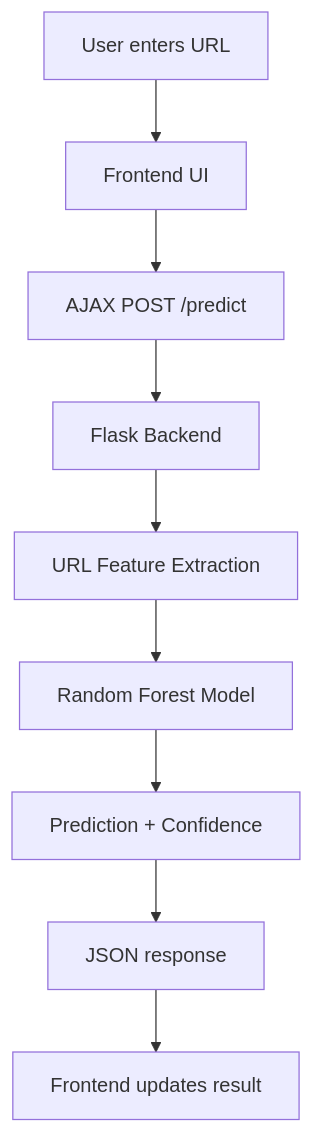
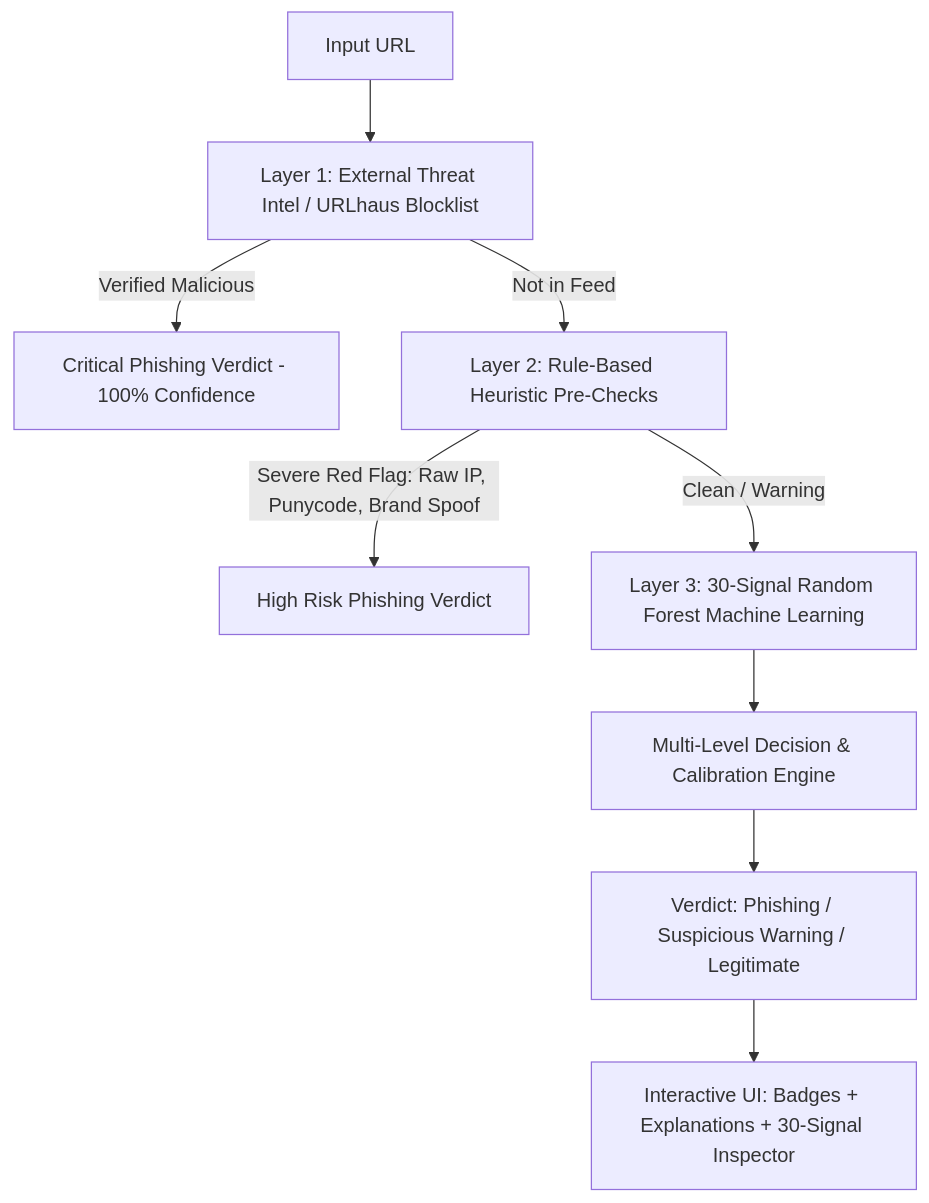
Before and after one commit to ramkishore-en/PhishGuard-ai: the diagram in README.md, drawn with Mermaid. The commit also changed other lines of this file, not shown here.

Commit message:
Docs: Upgrade README with live demo badges, architecture diagrams, and evaluation metrics

````diff
--- a/README.md
+++ b/README.md
@@ -53,11 +23,11 @@
 ```mermaid
 flowchart TD
-    A[User enters URL] --> B[Frontend UI]
-    B --> C[AJAX POST /predict]
-    C --> D[Flask Backend]
-    D --> E[URL Feature Extraction]
-    E --> F[Random Forest Model]
-    F --> G[Prediction + Confidence]
-    G --> H[JSON response]
-    H --> I[Frontend updates result]
+    A[Input URL] --> B[Layer 1: External Threat Intel / URLhaus Blocklist]
+    B -->|Verified Malicious| M[Critical Phishing Verdict - 100% Confidence]
+    B -->|Not in Feed| C[Layer 2: Rule-Based Heuristic Pre-Checks]
+    C -->|Severe Red Flag: Raw IP, Punycode, Brand Spoof| P[High Risk Phishing Verdict]
+    C -->|Clean / Warning| D[Layer 3: 30-Signal Random Forest Machine Learning]
+    D --> E[Multi-Level Decision & Calibration Engine]
+    E --> F[Verdict: Phishing / Suspicious Warning / Legitimate]
+    F --> G[Interactive UI: Badges + Explanations + 30-Signal Inspector]
 ```
````
